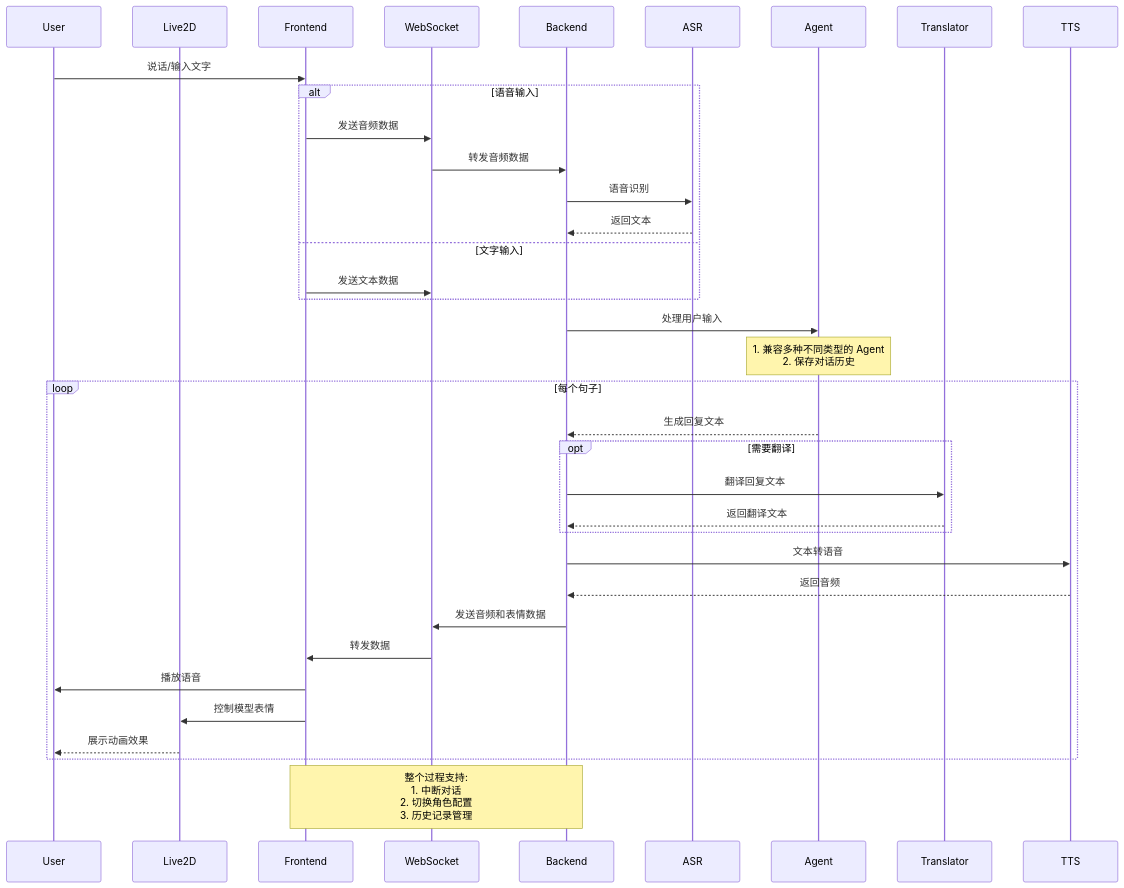
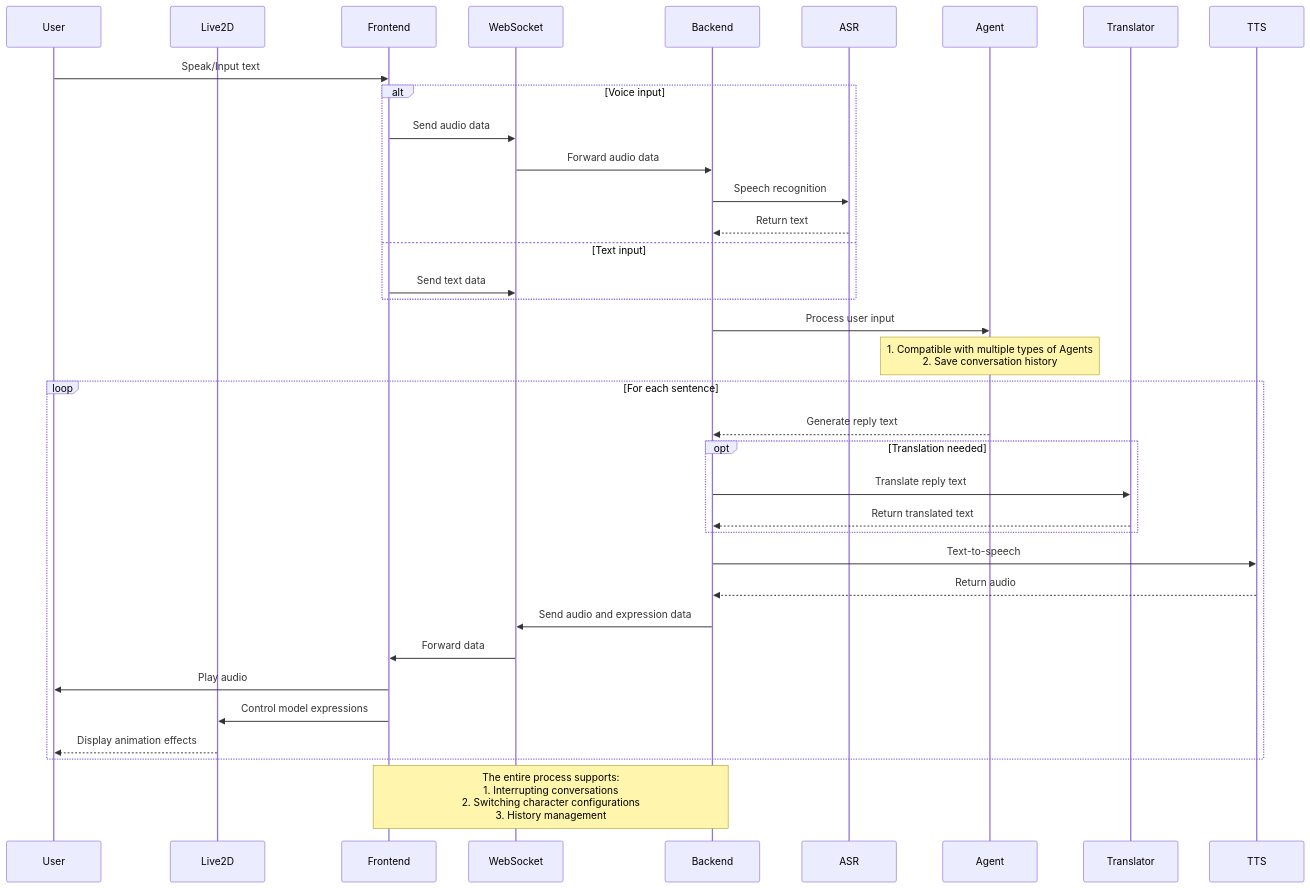
One commit to Open-LLM-VTuber/open-llm-vtuber.github.io changed the diagram in i18n/en/docusaurus-plugin-content-docs/current/user-guide/backend/structure.md. Above: the diagram before and after it, drawn with Mermaid. The commit also changed other lines of this file and 12 other files, not shown here.

````diff
--- a/i18n/en/docusaurus-plugin-content-docs/current/user-guide/backend/structure.md
+++ b/i18n/en/docusaurus-plugin-content-docs/current/user-guide/backend/structure.md
@@ -9,43 +9,43 @@
 ```mermaid
 sequenceDiagram
     participant User
     participant Live2D
     participant Frontend
     participant WebSocket
     participant Backend
     participant ASR
     participant Agent
     participant Translator
     participant TTS
 
-    User->>Frontend: 说话/输入文字
+    User->>Frontend: Speak/Input text
     
-    alt 语音输入
-        Frontend->>WebSocket: 发送音频数据
-        WebSocket->>Backend: 转发音频数据
-        Backend->>ASR: 语音识别
-        ASR-->>Backend: 返回文本
-    else 文字输入
-        Frontend->>WebSocket: 发送文本数据
+    alt Voice input
+        Frontend->>WebSocket: Send audio data
+        WebSocket->>Backend: Forward audio data
+        Backend->>ASR: Speech recognition
+        ASR-->>Backend: Return text
+    else Text input
+        Frontend->>WebSocket: Send text data
     end
 
-    Backend->>Agent: 处理用户输入
-    Note over Agent: 1. 兼容多种不同类型的 Agent<br>2. 保存对话历史
+    Backend->>Agent: Process user input
+    Note over Agent: 1. Compatible with multiple types of Agents<br>2. Save conversation history
     
-    loop 每个句子
-        Agent-->>Backend: 生成回复文本
-        opt 需要翻译
-            Backend->>Translator: 翻译回复文本
-            Translator-->>Backend: 返回翻译文本
+    loop For each sentence
+        Agent-->>Backend: Generate reply text
+        opt Translation needed
+            Backend->>Translator: Translate reply text
+            Translator-->>Backend: Return translated text
         end
-        Backend->>TTS: 文本转语音
-        TTS-->>Backend: 返回音频
-        Backend->>WebSocket: 发送音频和表情数据
-        WebSocket->>Frontend: 转发数据
-        Frontend->>User: 播放语音
-        Frontend->>Live2D: 控制模型表情
-        Live2D-->>User: 展示动画效果
+        Backend->>TTS: Text-to-speech
+        TTS-->>Backend: Return audio
+        Backend->>WebSocket: Send audio and expression data
+        WebSocket->>Frontend: Forward data
+        Frontend->>User: Play audio
+        Frontend->>Live2D: Control model expressions
+        Live2D-->>User: Display animation effects
     end
 
-    Note over Frontend,Backend: 整个过程支持:<br>1. 中断对话<br>2. 切换角色配置<br>3. 历史记录管理
+    Note over Frontend,Backend: The entire process supports:<br>1. Interrupting conversations<br>2. Switching character configurations<br>3. History management
 ```
````
